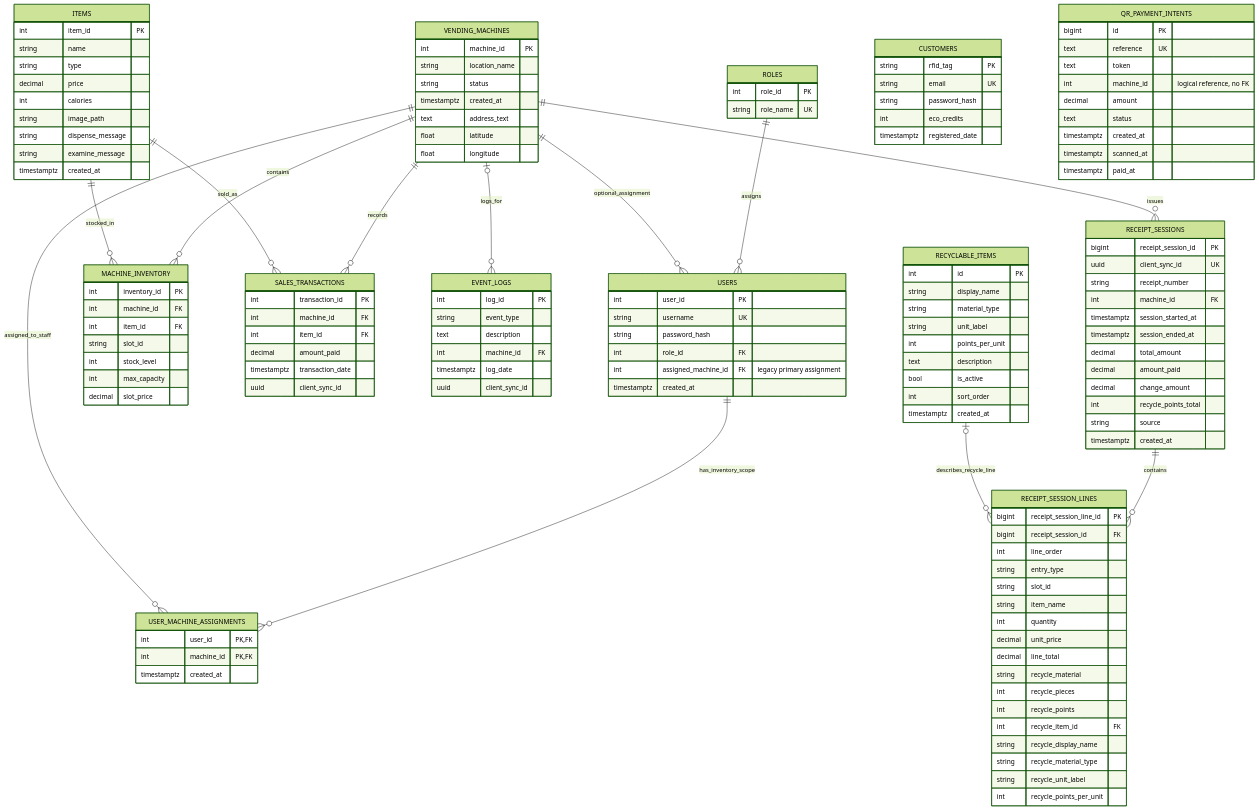
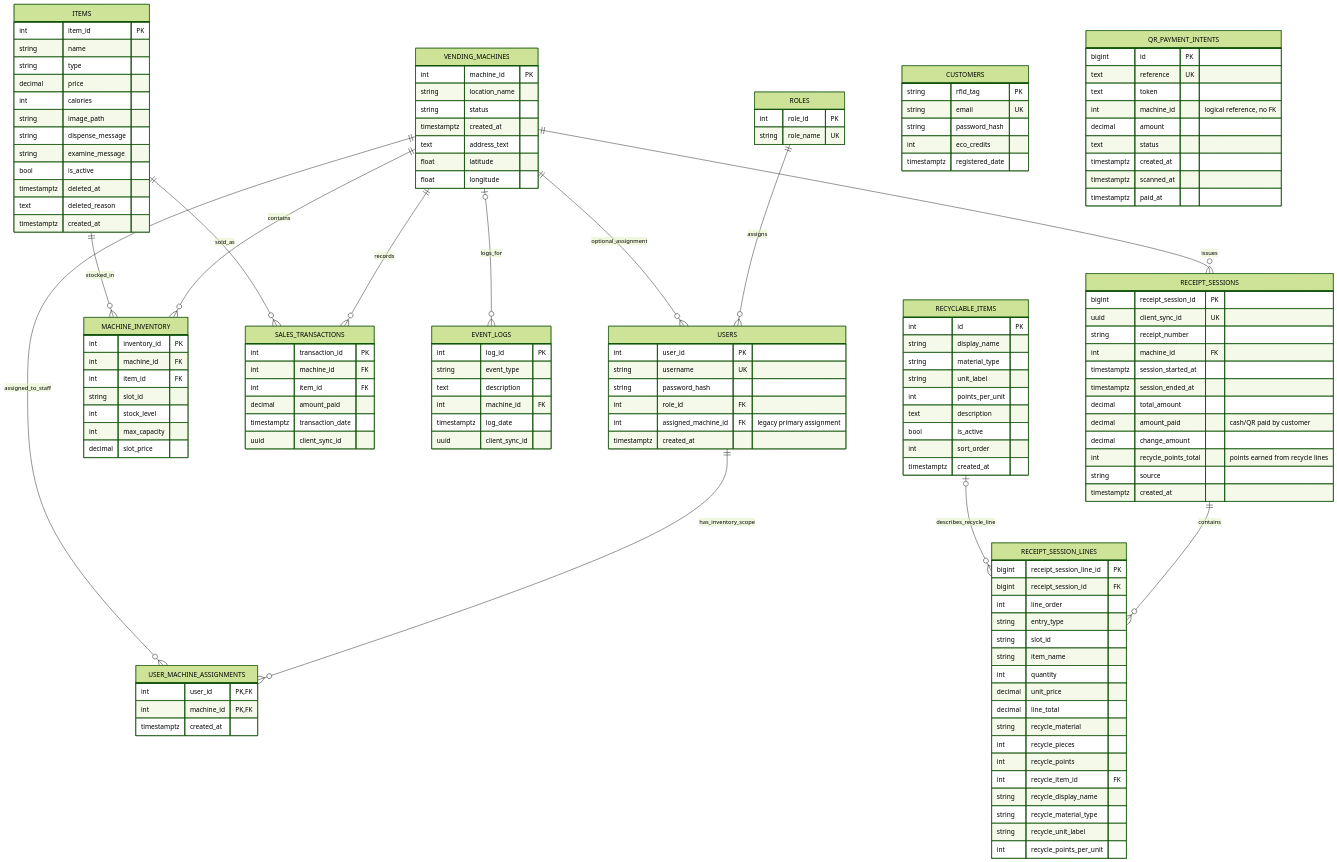
The diagram in docs/diagrams/ERD.md (SeanixReal/Eco-Matic-WPF-Supabase), drawn with Mermaid (forest theme) before and after one commit. The commit also changed other lines of this file and 53 other files, not shown here.

```diff
--- a/docs/diagrams/ERD.md
+++ b/docs/diagrams/ERD.md
@@ -56,6 +56,9 @@
         string image_path
         string dispense_message
         string examine_message
+        bool is_active
+        timestamptz deleted_at
+        text deleted_reason
         timestamptz created_at
     }
 
@@ -103,9 +106,9 @@
         timestamptz session_started_at
         timestamptz session_ended_at
         decimal total_amount
-        decimal amount_paid
+        decimal amount_paid "cash/QR paid by customer"
         decimal change_amount
-        int recycle_points_total
+        int recycle_points_total "points earned from recycle lines"
         string source
         timestamptz created_at
     }
```
